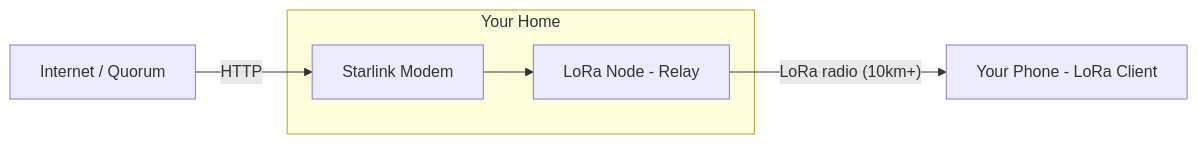
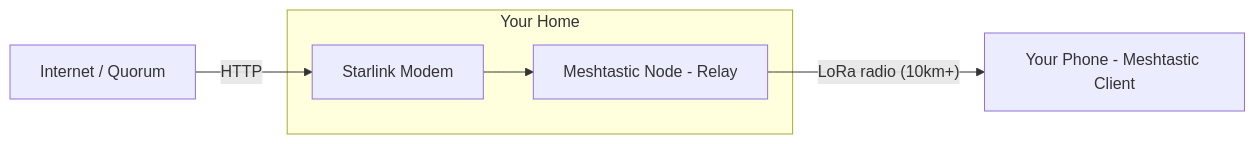
Before and after one commit to leon0399/ember: the third of 3 diagrams in ROADMAP.md, drawn with Mermaid. The commit also changed other lines of this file and 1 other file, not shown here.

First line of the commit message:
docs: resequence roadmap — direct transports first, relay later

````diff
--- a/ROADMAP.md
+++ b/ROADMAP.md
@@ -373,10 +372,10 @@
 ```mermaid
 flowchart LR
     Q[Internet / Quorum] -->|HTTP| S[Starlink Modem]
 
     subgraph "Your Home"
-        S --> R[LoRa Node - Relay]
+        S --> R[Meshtastic Node - Relay]
     end
 
-    R -->|"LoRa radio (10km+)"| P[Your Phone - LoRa Client]
+    R -->|"LoRa radio (10km+)"| P[Your Phone - Meshtastic Client]
 ```
````
